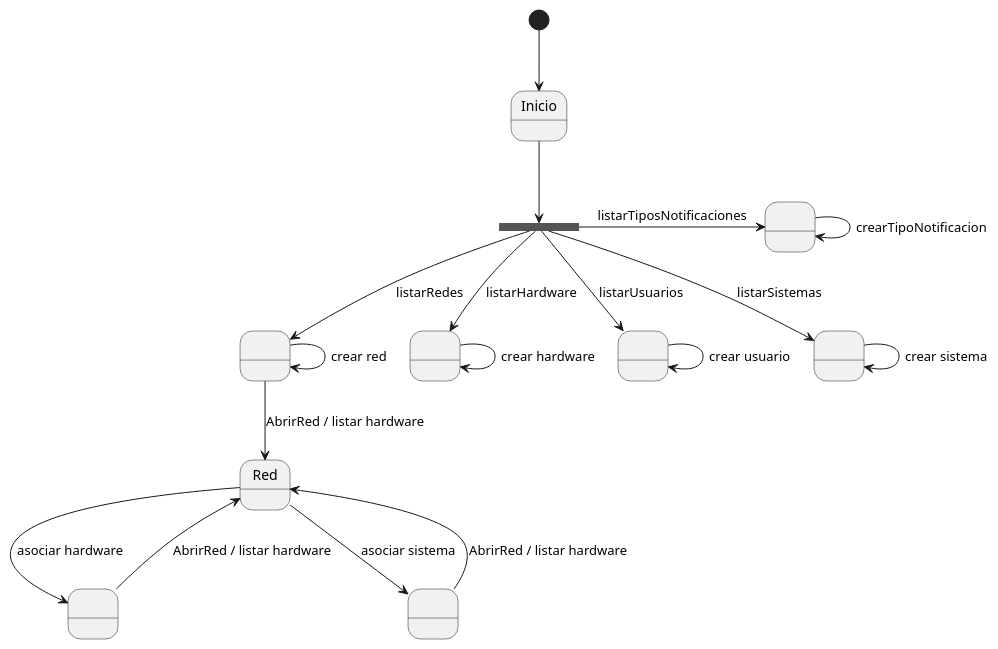
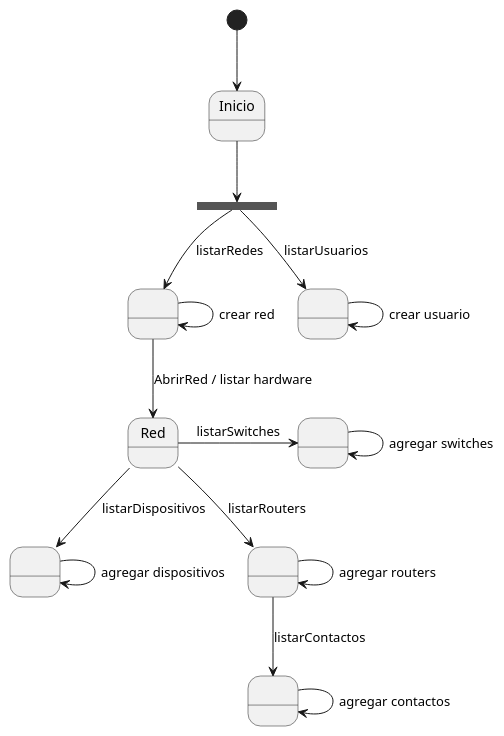
The diagram in 000-entregas/diagramaDeEstados/proyecto.plantuml (mmasias/IdSw1-22-23), drawn with PlantUML before and after one commit. The commit also changed 9 other files, not shown here.

Commit message:
[feature] creacion del diagrama de objetos y actualizacion del diagrama de estados

```diff
--- a/000-entregas/diagramaDeEstados/proyecto.plantuml
+++ b/000-entregas/diagramaDeEstados/proyecto.plantuml
@@ -1,47 +1,39 @@
 @startuml proyecto
 
 state fork_state <<fork>>
 
 state NONAME_REDES as " "
-state NONAME_HARDWARE as " "
-
-state NONAME_HARDWARERED as " "
-state NONAME_SISTEMARED as " "
-
 state NONAME_USUARIOS as " "
-state NONAME_SISTEMA as " "
-state NONAME_NOTIFICACION as " "
-
+state NONAME_DISPOSITIVOS as " "
+state NONAME_ROUTERS as " "
+state NONAME_CONTACTOS as " "
+state NONAME_SWITCHES as " "
 
 [*] --> Inicio
 Inicio --> fork_state
 
 'Usuarios
 fork_state --> NONAME_USUARIOS: listarUsuarios
 NONAME_USUARIOS --> NONAME_USUARIOS: crear usuario
 
 'Redes
 fork_state --> NONAME_REDES: listarRedes
 NONAME_REDES --> NONAME_REDES: crear red
 NONAME_REDES --> Red: AbrirRed / listar hardware
 
-Red --> NONAME_HARDWARERED: asociar hardware
-NONAME_HARDWARERED --> Red: AbrirRed / listar hardware
+'Routers
+Red --> NONAME_ROUTERS: listarRouters
+NONAME_ROUTERS --> NONAME_ROUTERS: agregar routers
 
-Red --> NONAME_SISTEMARED: asociar sistema
-NONAME_SISTEMARED --> Red: AbrirRed / listar hardware
+'Contactos
+NONAME_ROUTERS --> NONAME_CONTACTOS: listarContactos
+NONAME_CONTACTOS --> NONAME_CONTACTOS: agregar contactos
 
+'Switches
+Red -r-> NONAME_SWITCHES: listarSwitches
+NONAME_SWITCHES --> NONAME_SWITCHES: agregar switches
 
-'HARDWARE
-fork_state --> NONAME_HARDWARE: listarHardware
-NONAME_HARDWARE --> NONAME_HARDWARE: crear hardware
-
-'SISTEMA
-fork_state --> NONAME_SISTEMA: listarSistemas
-NONAME_SISTEMA --> NONAME_SISTEMA: crear sistema
-
-'NOTIFIACION
-fork_state -r-> NONAME_NOTIFICACION: listarTiposNotificaciones
-NONAME_NOTIFICACION --> NONAME_NOTIFICACION: crearTipoNotificacion
-
+'Dispositivos
+Red --> NONAME_DISPOSITIVOS: listarDispositivos
+NONAME_DISPOSITIVOS --> NONAME_DISPOSITIVOS: agregar dispositivos
 @enduml
```
